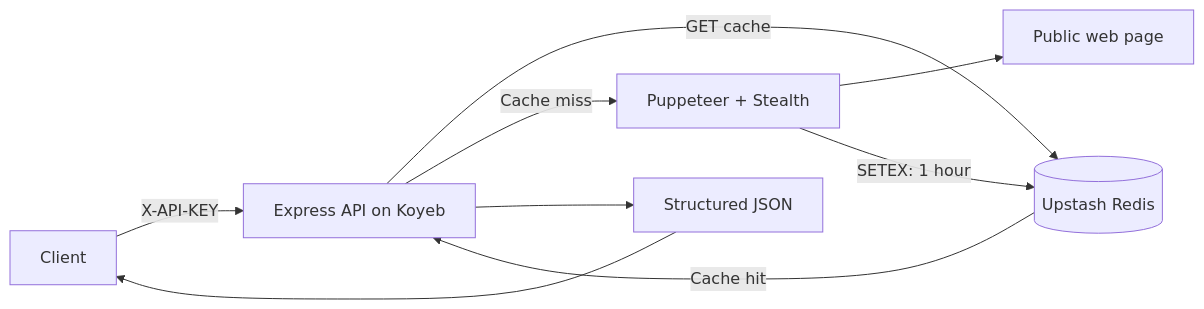
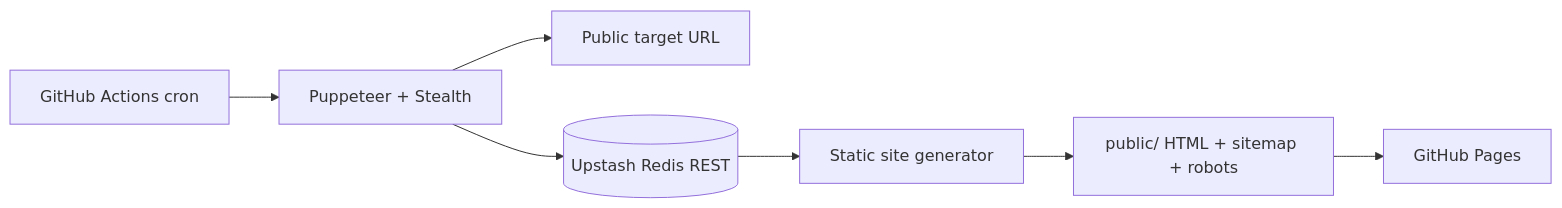
The diagram in README.md (infinityempire/scrape-pipeline-api), drawn with Mermaid before and after one commit. The commit also changed other lines of this file and 14 other files, not shown here.

Commit message:
Add scheduled static site generation pipeline

````diff
--- a/README.md
+++ b/README.md
@@ -9,11 +9,9 @@
 ```mermaid
 flowchart LR
-    C[Client] -->|X-API-KEY| A[Express API on Koyeb]
-    A -->|GET cache| R[(Upstash Redis)]
-    R -->|Cache hit| A
-    A -->|Cache miss| P[Puppeteer + Stealth]
-    P --> W[Public web page]
-    P -->|SETEX: 1 hour| R
-    A --> J[Structured JSON]
-    J --> C
+  G[GitHub Actions cron] --> P[Puppeteer + Stealth]
+  P --> S[Public target URL]
+  P --> U[(Upstash Redis REST)]
+  U --> B[Static site generator]
+  B --> H[public/ HTML + sitemap + robots]
+  H --> GP[GitHub Pages]
 ```
````
